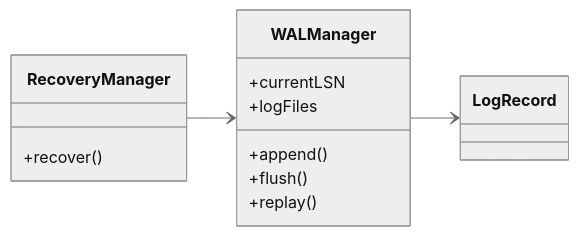
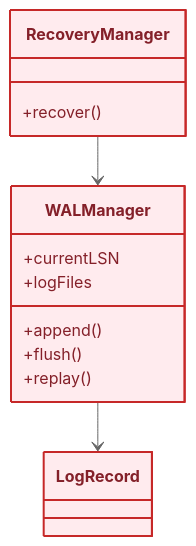
Diagram 16 of 19 in docs/README.md (Huy1801214/dbms-architecture), drawn with Mermaid (neutral theme) before and after one commit. The commit also changed other lines of this file, not shown here.

Commit message:
add system architecture and class diagrams for DBMS design

````diff
--- a/docs/README.md
+++ b/docs/README.md
@@ -850,22 +1761,29 @@
 ```mermaid
 classDiagram
-direction LR
+direction TB
 
 class RecoveryManager{
     +recover()
 }
 
 class WALManager{
     +currentLSN
     +logFiles
 
     +append()
     +flush()
     +replay()
 }
 
 class LogRecord
 
 RecoveryManager --> WALManager
 WALManager --> LogRecord
+
+%% =====================================================
+%% STYLING DEFINITIONS
+%% =====================================================
+style RecoveryManager fill:#ffebee,stroke:#c62828,stroke-width:2px,color:#842029
+style WALManager fill:#ffebee,stroke:#c62828,stroke-width:2px,color:#842029
+style LogRecord fill:#ffebee,stroke:#c62828,stroke-width:2px,color:#842029
 ```
````
